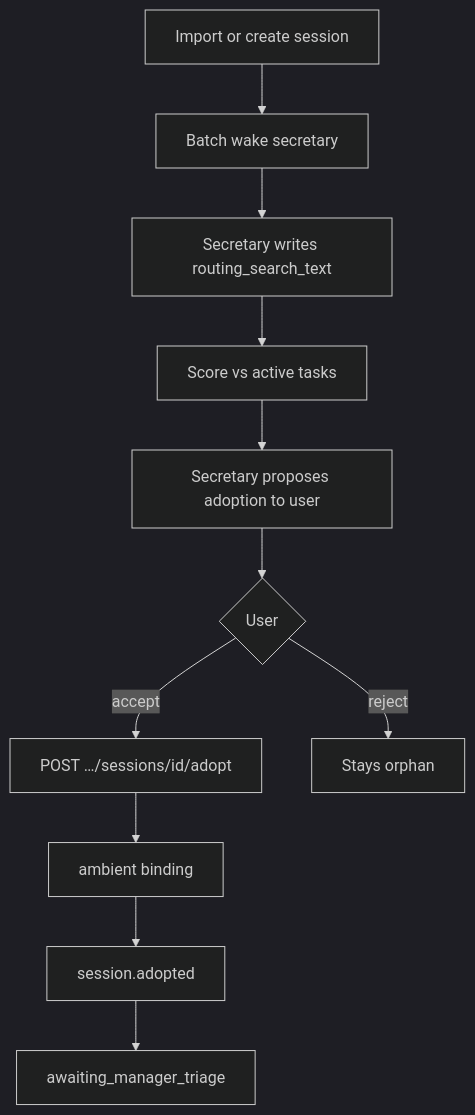
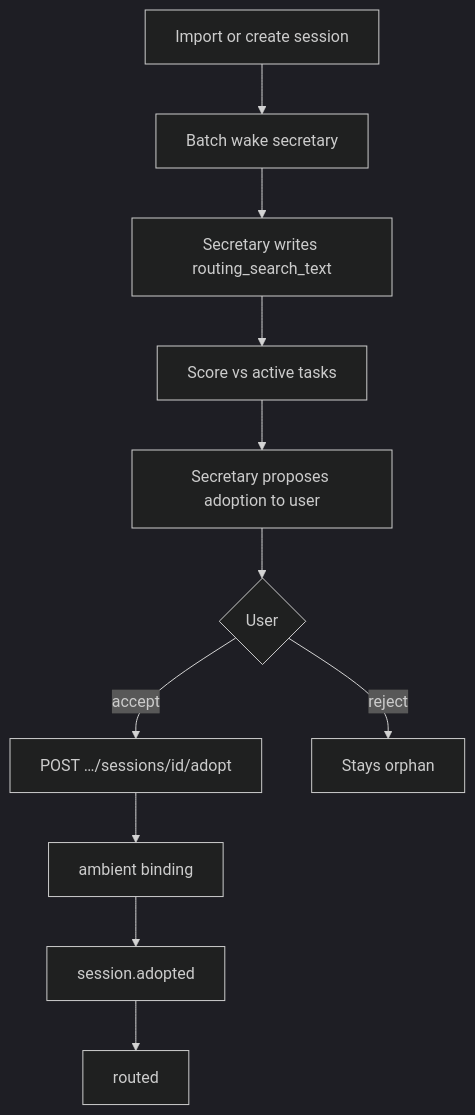
The diagram in docs/agent-tasks/SESSION_ADOPTION.md (michaelzenz/omnigent), drawn with Mermaid (dark theme) before and after one commit. The commit also changed other lines of this file and 52 other files, not shown here.

````diff
--- a/docs/agent-tasks/SESSION_ADOPTION.md
+++ b/docs/agent-tasks/SESSION_ADOPTION.md
@@ -25,13 +25,13 @@
 ```mermaid
 flowchart TB
   Trigger[Import or create session] --> Batch[Batch wake secretary]
   Batch --> Text[Secretary writes routing_search_text]
   Text --> Score[Score vs active tasks]
   Score --> Propose[Secretary proposes adoption to user]
   Propose --> User{User}
   User -->|accept| Adopt[POST …/sessions/id/adopt]
   User -->|reject| Orphan[Stays orphan]
   Adopt --> Bind[ambient binding]
   Bind --> Event[session.adopted]
-  Event --> Manager[awaiting_manager_triage]
+  Event --> Manager[routed]
 ```
````
